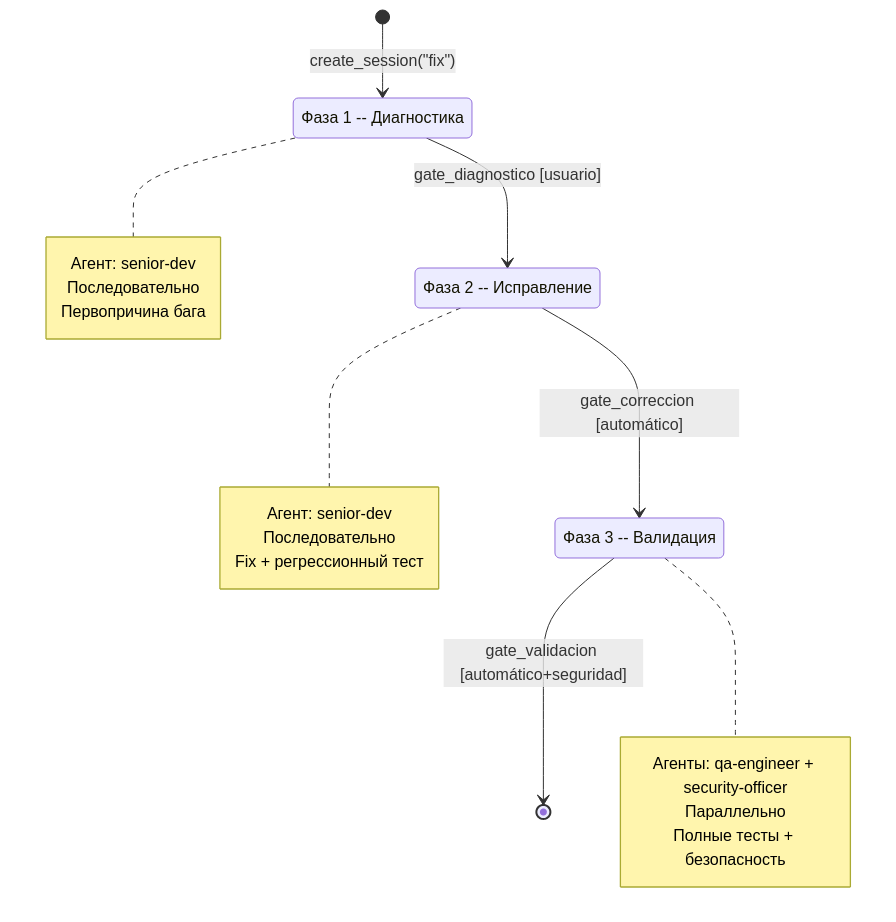
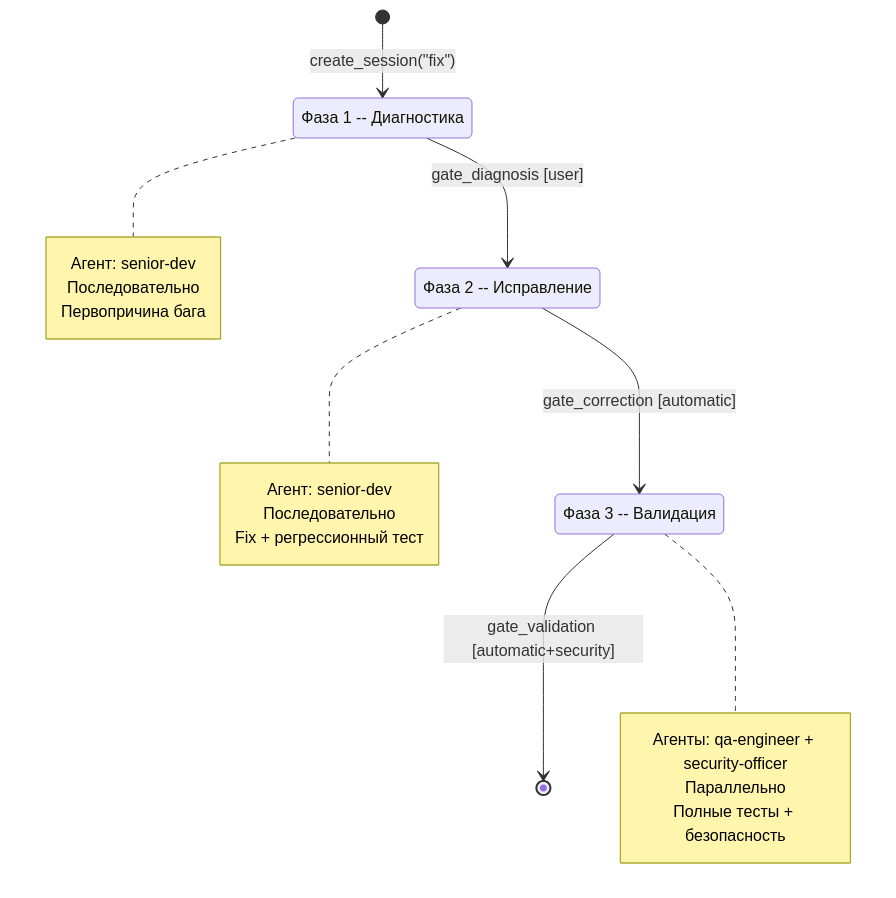
The third of 7 diagrams in docs/flows.md (grigoriev/alfred-dev), drawn with Mermaid before and after one commit. The commit also changed other lines of this file and 106 other files, not shown here.

````diff
--- a/docs/flows.md
+++ b/docs/flows.md
@@ -330,32 +330,32 @@
 ```mermaid
 stateDiagram-v2
     direction TB
 
-    [*] --> diagnóstico: create_session("fix")
+    [*] --> diagnosis: create_session("fix")
 
-    state "Фаза 1 -- Диагностика" as diagnóstico
-    state "Фаза 2 -- Исправление" as correccion
-    state "Фаза 3 -- Валидация" as validación
+    state "Фаза 1 -- Диагностика" as diagnosis
+    state "Фаза 2 -- Исправление" as correction
+    state "Фаза 3 -- Валидация" as validation
 
-    diagnóstico --> correccion: gate_diagnostico [usuario]
-    correccion --> validación: gate_correccion [automático]
-    validación --> [*]: gate_validacion [automático+seguridad]
+    diagnosis --> correction: gate_diagnosis [user]
+    correction --> validation: gate_correction [automatic]
+    validation --> [*]: gate_validation [automatic+security]
 
-    note right of diagnóstico
+    note right of diagnosis
         Агент: senior-dev
         Последовательно
         Первопричина бага
     end note
 
-    note right of correccion
+    note right of correction
         Агент: senior-dev
         Последовательно
         Fix + регрессионный тест
     end note
 
-    note right of validación
+    note right of validation
         Агенты: qa-engineer + security-officer
         Параллельно
         Полные тесты + безопасность
     end note
 ```
````
